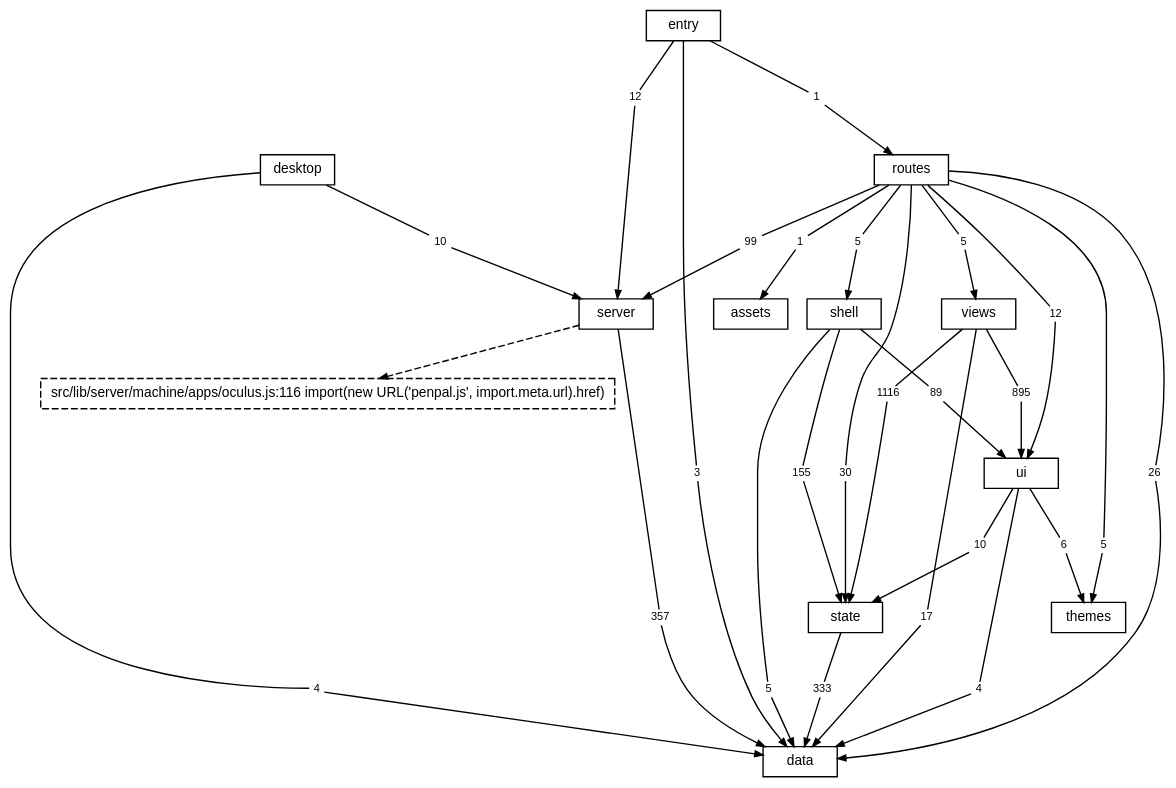
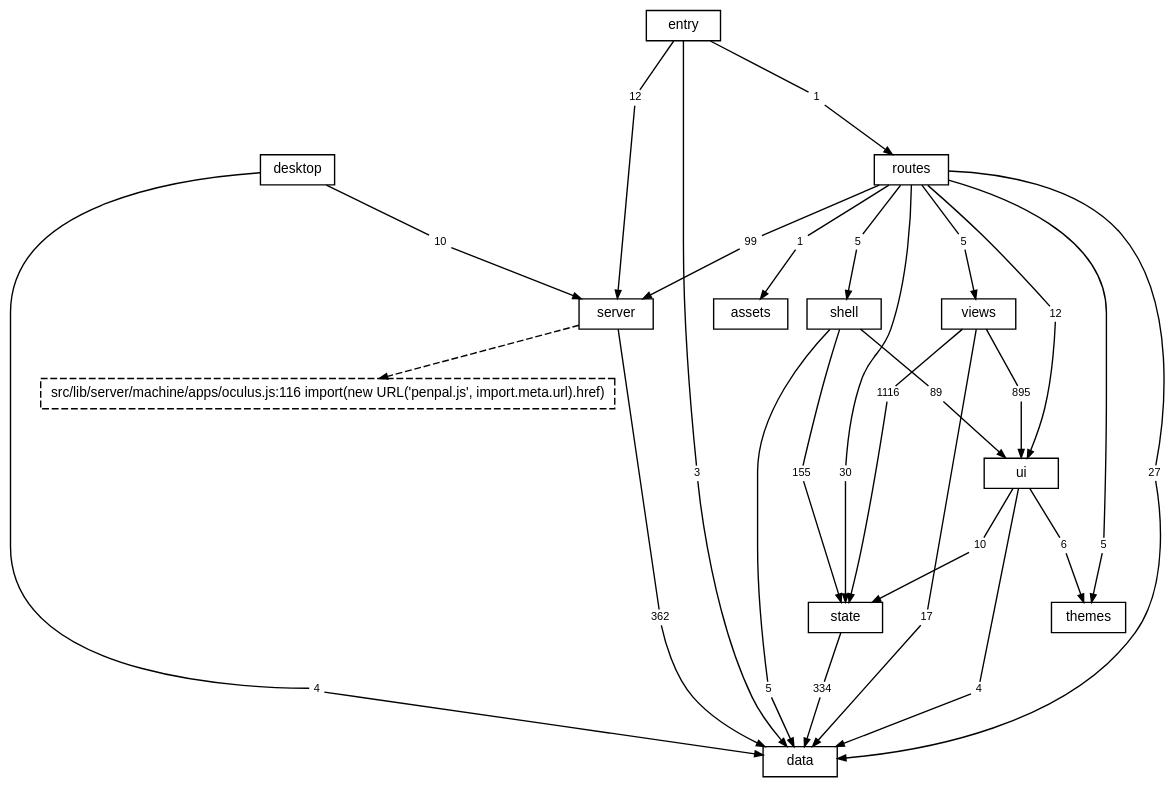
Before and after one commit to TheAxeC/oculus: the diagram in docs/diagrams/layers.dot, drawn with Graphviz. The commit also changed 81 other files, not shown here.

```diff
--- a/docs/diagrams/layers.dot
+++ b/docs/diagrams/layers.dot
@@ -1,90 +1,90 @@
 digraph layers {
     graph [bgcolor="transparent", rankdir=TB, newrank=true, fontname="Helvetica,Arial,sans-serif", fontsize=12, nodesep=0.2, ranksep=0.5];
     node [shape=box, color="black", fontcolor="black", fontname="Helvetica,Arial,sans-serif", fontsize=10, height=0.3, margin="0.12,0.04"];
     edge [color="black", fontcolor="black", fontname="Helvetica,Arial,sans-serif", fontsize=8, arrowsize=0.6];
     "data";
     "server";
     "state";
     "ui";
     "shell";
     "views";
     "themes";
     "routes";
     "desktop";
     "src" [label="entry"];
     "files: assets" [label="assets"];
     "? src/lib/server/machine/apps/oculus.js:116" [label="src/lib/server/machine/apps/oculus.js:116 import(new URL('penpal.js', import.meta.url).href)", style=dashed];
     "desktop to data" [label="4", shape=box, color="transparent", fontsize=8, width=0, height=0, margin="0.04,0.02"];
     "desktop" -> "desktop to data" [arrowhead=none];
     "desktop to data" -> "data" [];
     "desktop to server" [label="10", shape=box, color="transparent", fontsize=8, width=0, height=0, margin="0.04,0.02"];
     "desktop" -> "desktop to server" [arrowhead=none];
     "desktop to server" -> "server" [];
-    "routes to data" [label="26", shape=box, color="transparent", fontsize=8, width=0, height=0, margin="0.04,0.02"];
+    "routes to data" [label="27", shape=box, color="transparent", fontsize=8, width=0, height=0, margin="0.04,0.02"];
     "routes" -> "routes to data" [arrowhead=none];
     "routes to data" -> "data" [];
     "routes to files: assets" [label="1", shape=box, color="transparent", fontsize=8, width=0, height=0, margin="0.04,0.02"];
     "routes" -> "routes to files: assets" [arrowhead=none];
     "routes to files: assets" -> "files: assets" [];
     "routes to server" [label="99", shape=box, color="transparent", fontsize=8, width=0, height=0, margin="0.04,0.02"];
     "routes" -> "routes to server" [arrowhead=none];
     "routes to server" -> "server" [];
     "routes to shell" [label="5", shape=box, color="transparent", fontsize=8, width=0, height=0, margin="0.04,0.02"];
     "routes" -> "routes to shell" [arrowhead=none];
     "routes to shell" -> "shell" [];
     "routes to state" [label="30", shape=box, color="transparent", fontsize=8, width=0, height=0, margin="0.04,0.02"];
     "routes" -> "routes to state" [arrowhead=none];
     "routes to state" -> "state" [];
     "routes to themes" [label="5", shape=box, color="transparent", fontsize=8, width=0, height=0, margin="0.04,0.02"];
     "routes" -> "routes to themes" [arrowhead=none];
     "routes to themes" -> "themes" [];
     "routes to ui" [label="12", shape=box, color="transparent", fontsize=8, width=0, height=0, margin="0.04,0.02"];
     "routes" -> "routes to ui" [arrowhead=none];
     "routes to ui" -> "ui" [];
     "routes to views" [label="5", shape=box, color="transparent", fontsize=8, width=0, height=0, margin="0.04,0.02"];
     "routes" -> "routes to views" [arrowhead=none];
     "routes to views" -> "views" [];
-    "server to data" [label="357", shape=box, color="transparent", fontsize=8, width=0, height=0, margin="0.04,0.02"];
+    "server to data" [label="362", shape=box, color="transparent", fontsize=8, width=0, height=0, margin="0.04,0.02"];
     "server" -> "server to data" [arrowhead=none];
     "server to data" -> "data" [];
     "shell to data" [label="5", shape=box, color="transparent", fontsize=8, width=0, height=0, margin="0.04,0.02"];
     "shell" -> "shell to data" [arrowhead=none];
     "shell to data" -> "data" [];
     "shell to state" [label="155", shape=box, color="transparent", fontsize=8, width=0, height=0, margin="0.04,0.02"];
     "shell" -> "shell to state" [arrowhead=none];
     "shell to state" -> "state" [];
     "shell to ui" [label="89", shape=box, color="transparent", fontsize=8, width=0, height=0, margin="0.04,0.02"];
     "shell" -> "shell to ui" [arrowhead=none];
     "shell to ui" -> "ui" [];
     "src to data" [label="3", shape=box, color="transparent", fontsize=8, width=0, height=0, margin="0.04,0.02"];
     "src" -> "src to data" [arrowhead=none];
     "src to data" -> "data" [];
     "src to routes" [label="1", shape=box, color="transparent", fontsize=8, width=0, height=0, margin="0.04,0.02"];
     "src" -> "src to routes" [arrowhead=none];
     "src to routes" -> "routes" [];
     "src to server" [label="12", shape=box, color="transparent", fontsize=8, width=0, height=0, margin="0.04,0.02"];
     "src" -> "src to server" [arrowhead=none];
     "src to server" -> "server" [];
-    "state to data" [label="333", shape=box, color="transparent", fontsize=8, width=0, height=0, margin="0.04,0.02"];
+    "state to data" [label="334", shape=box, color="transparent", fontsize=8, width=0, height=0, margin="0.04,0.02"];
     "state" -> "state to data" [arrowhead=none];
     "state to data" -> "data" [];
     "ui to data" [label="4", shape=box, color="transparent", fontsize=8, width=0, height=0, margin="0.04,0.02"];
     "ui" -> "ui to data" [arrowhead=none];
     "ui to data" -> "data" [];
     "ui to state" [label="10", shape=box, color="transparent", fontsize=8, width=0, height=0, margin="0.04,0.02"];
     "ui" -> "ui to state" [arrowhead=none];
     "ui to state" -> "state" [];
     "ui to themes" [label="6", shape=box, color="transparent", fontsize=8, width=0, height=0, margin="0.04,0.02"];
     "ui" -> "ui to themes" [arrowhead=none];
     "ui to themes" -> "themes" [];
     "views to data" [label="17", shape=box, color="transparent", fontsize=8, width=0, height=0, margin="0.04,0.02"];
     "views" -> "views to data" [arrowhead=none];
     "views to data" -> "data" [];
     "views to state" [label="1116", shape=box, color="transparent", fontsize=8, width=0, height=0, margin="0.04,0.02"];
     "views" -> "views to state" [arrowhead=none];
     "views to state" -> "state" [];
     "views to ui" [label="895", shape=box, color="transparent", fontsize=8, width=0, height=0, margin="0.04,0.02"];
     "views" -> "views to ui" [arrowhead=none];
     "views to ui" -> "ui" [];
     "server" -> "? src/lib/server/machine/apps/oculus.js:116" [style=dashed];
 }
```
